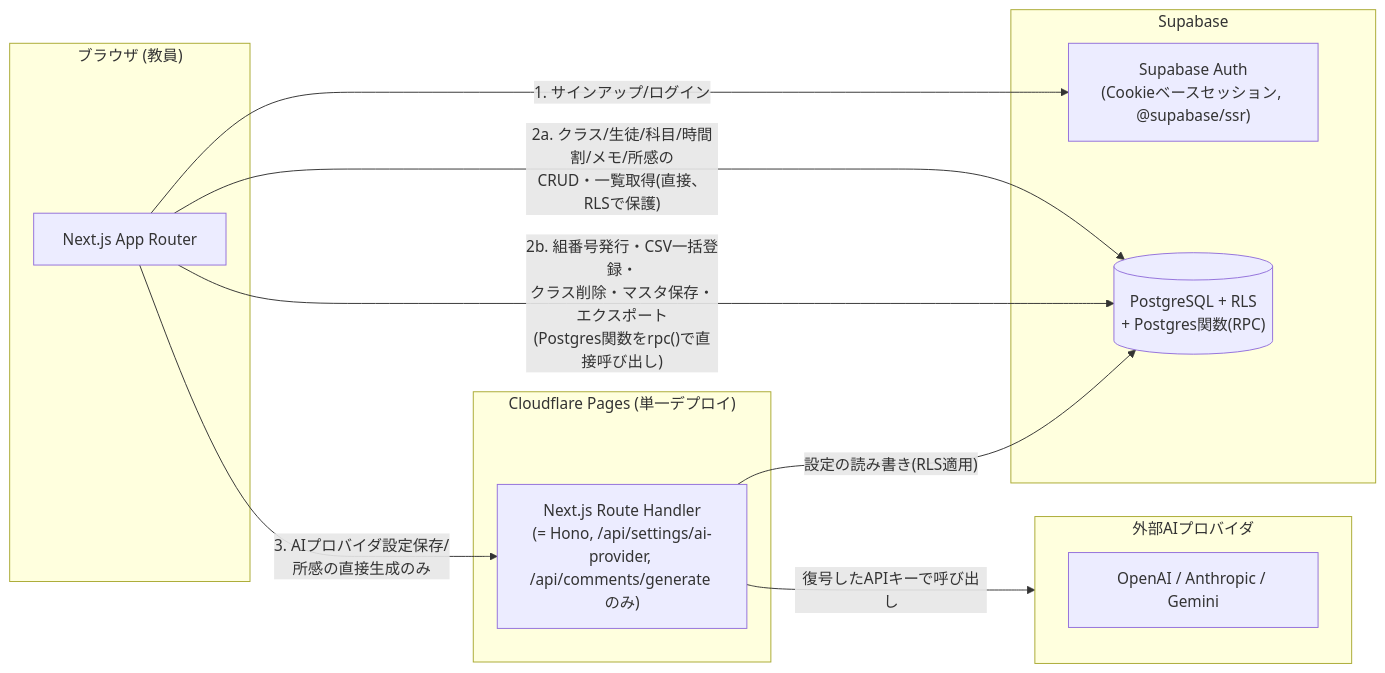
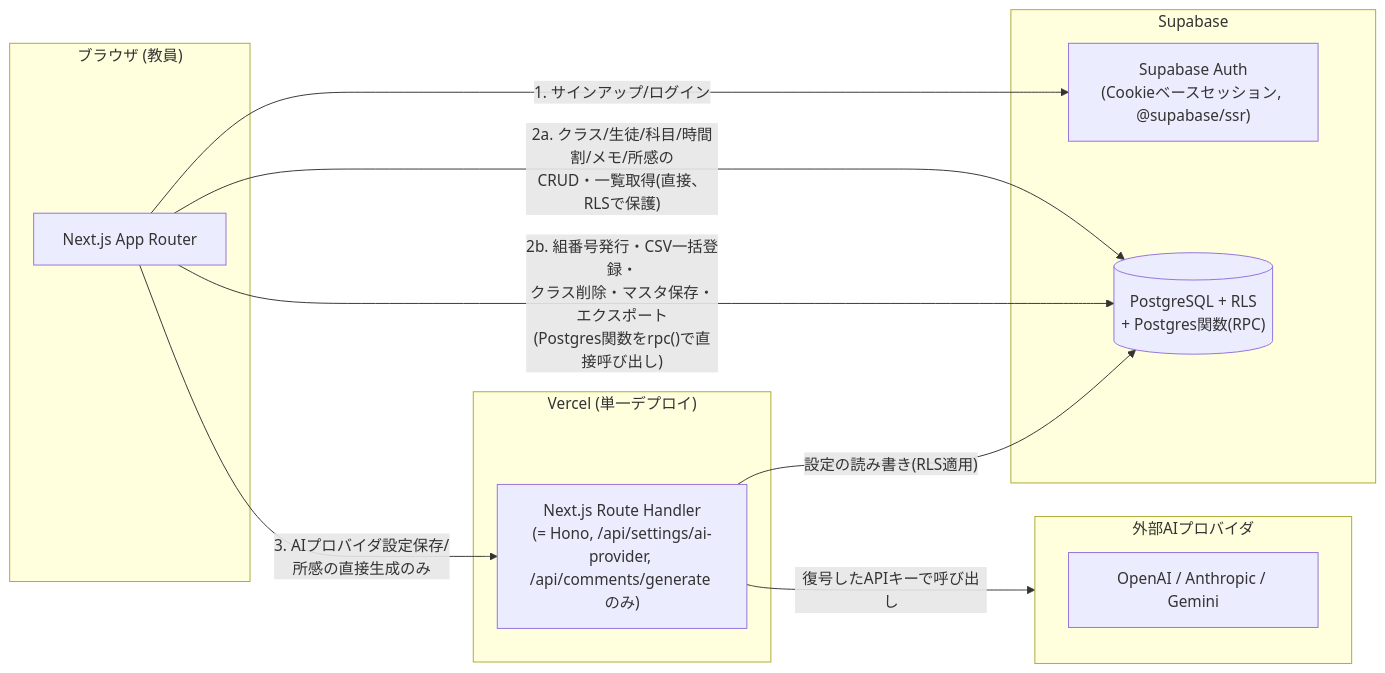
Before and after one commit to numa02/my-projct260812: the diagram in docs/design.md, drawn with Mermaid. The commit also changed other lines of this file and 7 other files, not shown here.

````diff
--- a/docs/design.md
+++ b/docs/design.md
@@ -32,26 +32,26 @@
 ```mermaid
 flowchart LR
     subgraph Browser["ブラウザ (教員)"]
         UI["Next.js App Router"]
     end
 
-    subgraph Pages["Cloudflare Pages (単一デプロイ)"]
+    subgraph Pages["Vercel (単一デプロイ)"]
         Route["Next.js Route Handler\n(= Hono, /api/settings/ai-provider, /api/comments/generate のみ)"]
     end
 
     subgraph Supabase["Supabase"]
         Auth["Supabase Auth\n(Cookieベースセッション, @supabase/ssr)"]
         DB[("PostgreSQL + RLS\n+ Postgres関数(RPC)")]
     end
 
     subgraph AI["外部AIプロバイダ"]
         OpenAI["OpenAI / Anthropic / Gemini"]
     end
 
     UI -- "1. サインアップ/ログイン" --> Auth
     UI -- "2a. クラス/生徒/科目/時間割/メモ/所感の\nCRUD・一覧取得(直接、RLSで保護)" --> DB
     UI -- "2b. 組番号発行・CSV一括登録・\nクラス削除・マスタ保存・エクスポート\n(Postgres関数をrpc()で直接呼び出し)" --> DB
     UI -- "3. AIプロバイダ設定保存/\n所感の直接生成のみ" --> Route
     Route -- "設定の読み書き(RLS適用)" --> DB
     Route -- "復号したAPIキーで呼び出し" --> AI
 ```
````
